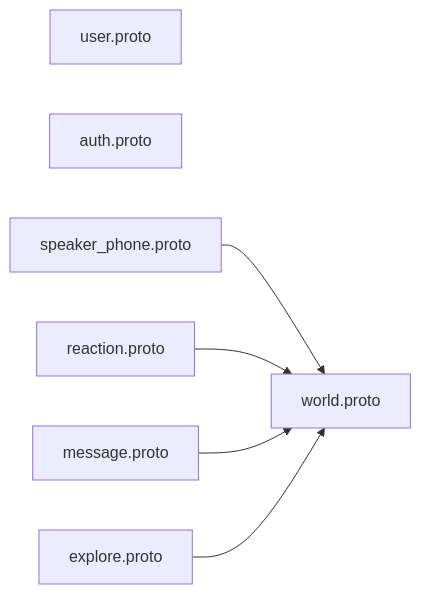
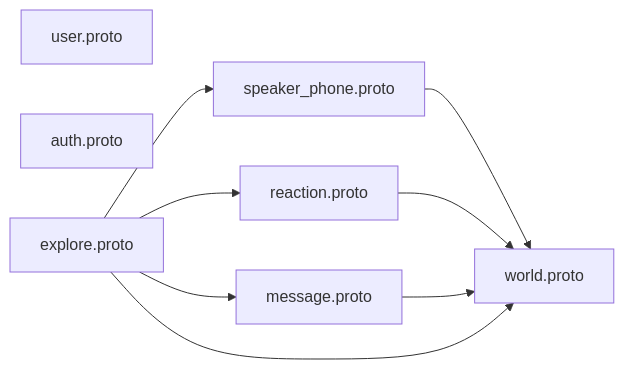
Before and after one commit to traP-jp/h24w_14: the diagram in proto/README.md, drawn with Mermaid.

Commit message:
update doc
fix: 向き逆だった

````diff
--- a/proto/README.md
+++ b/proto/README.md
@@ -3,15 +3,18 @@
 ```mermaid
 graph LR
     World[world.proto]
     User[user.proto]
     Auth[auth.proto]
     SpeakerPhone[speaker_phone.proto]
     Reaction[reaction.proto]
     Message[message.proto]
     Explore[explore.proto]
 
+    Explore --> SpeakerPhone
+    Explore --> Reaction
+    Explore --> Message
     SpeakerPhone --> World
     Reaction --> World
     Message --> World
     Explore --> World
 ```
````
